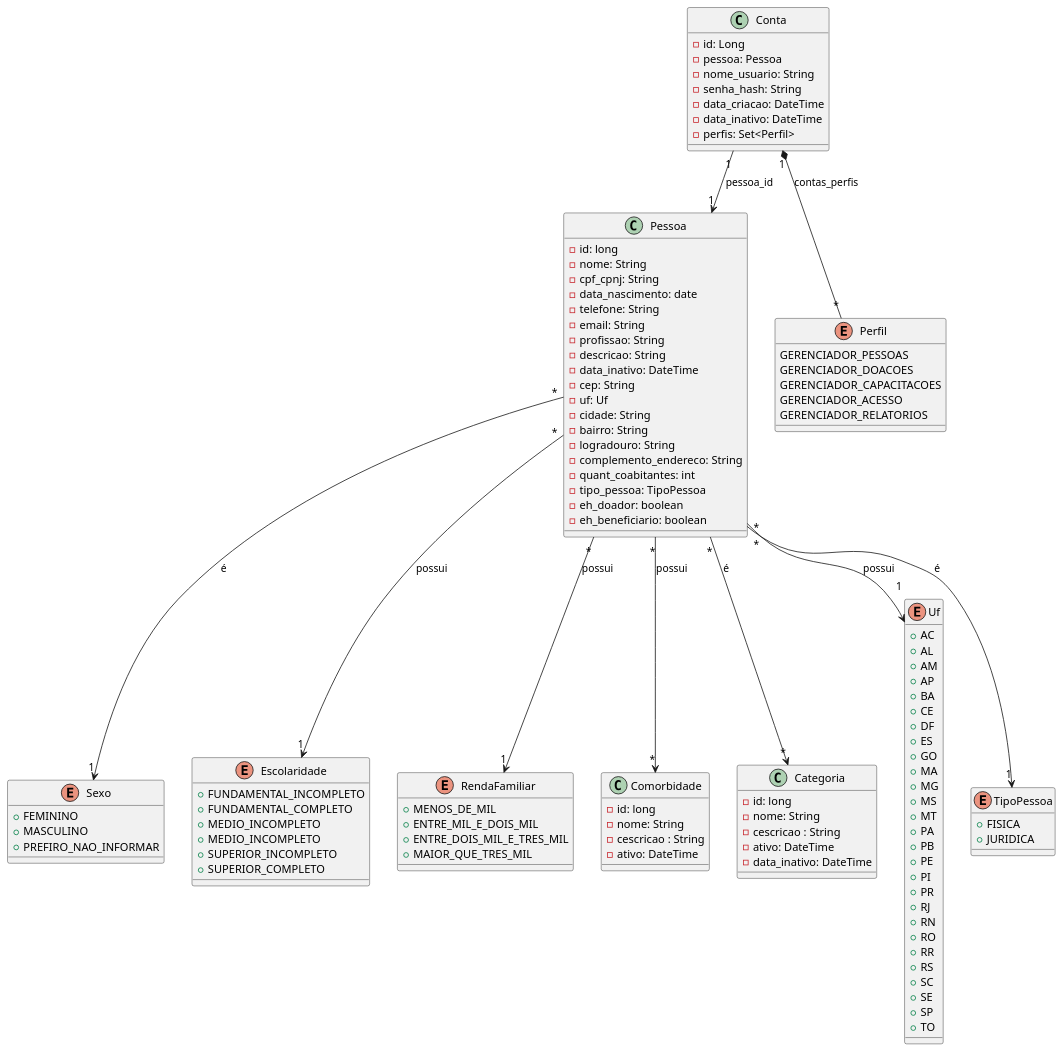
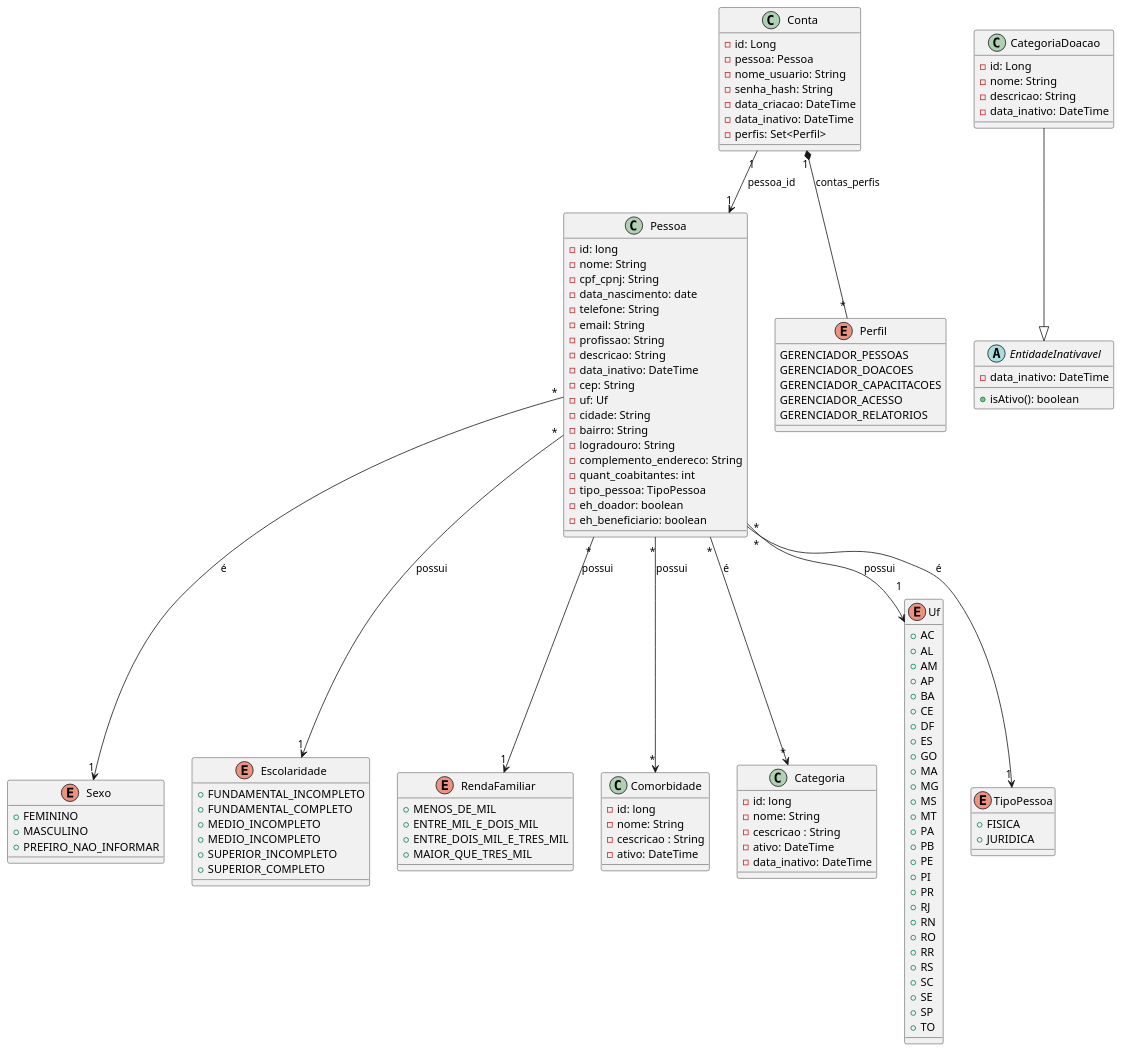
The diagram in docs/diagramas/diagramas-de-classe/codigo-diagrama-de-classe.puml (unitins-p2-asmosul/admin-asmosul), drawn with PlantUML before and after one commit. The commit also changed 11 other files, not shown here.

```diff
--- a/docs/diagramas/diagramas-de-classe/codigo-diagrama-de-classe.puml
+++ b/docs/diagramas/diagramas-de-classe/codigo-diagrama-de-classe.puml
@@ -4,133 +4,148 @@
 @startuml
 
 enum Sexo {
   + FEMININO
   + MASCULINO
   + PREFIRO_NAO_INFORMAR
 }
 
 enum Escolaridade {
   + FUNDAMENTAL_INCOMPLETO
   + FUNDAMENTAL_COMPLETO
   + MEDIO_INCOMPLETO
   + MEDIO_INCOMPLETO
   + SUPERIOR_INCOMPLETO
   + SUPERIOR_COMPLETO
 }
 
 enum RendaFamiliar {
 + MENOS_DE_MIL
 + ENTRE_MIL_E_DOIS_MIL
 + ENTRE_DOIS_MIL_E_TRES_MIL
 + MAIOR_QUE_TRES_MIL
 }
 
 class  Comorbidade {
   - id: long
   - nome: String
   - cescricao : String
   - ativo: DateTime
 }
 
 class  Categoria {
   - id: long
   - nome: String
   - cescricao : String
   - ativo: DateTime
   - data_inativo: DateTime
 }
 
 
 class Pessoa {
   - id: long
   - nome: String
   - cpf_cpnj: String
   - data_nascimento: date
   - telefone: String
   - email: String
   - profissao: String
   - descricao: String
   - data_inativo: DateTime
   - cep: String
   - uf: Uf
   - cidade: String
   - bairro: String
   - logradouro: String
   - complemento_endereco: String
   - quant_coabitantes: int
   - tipo_pessoa: TipoPessoa
   - eh_doador: boolean
   - eh_beneficiario: boolean
 
 }
 
 enum Uf {
   +AC
   +AL
   +AM
   +AP
   +BA
   +CE
   +DF
   +ES
   +GO
   +MA
   +MG
   +MS
   +MT
   +PA
   +PB
   +PE
   +PI
   +PR
   +RJ
   +RN
   +RO
   +RR
   +RS
   +SC
   +SE
   +SP
   +TO
 }
 
 enum TipoPessoa{
   + FISICA
   + JURIDICA
 }
 
 ' Adição de Acesso
 class Conta {
   - id: Long
   - pessoa: Pessoa
   - nome_usuario: String
   - senha_hash: String
   - data_criacao: DateTime
   - data_inativo: DateTime
   - perfis: Set<Perfil>
 }
 
 enum Perfil {
   GERENCIADOR_PESSOAS
   GERENCIADOR_DOACOES
   GERENCIADOR_CAPACITACOES
   GERENCIADOR_ACESSO
   GERENCIADOR_RELATORIOS
 }
 
 ' Relacionamentos
 Pessoa "*" --> "1" Sexo : é
 Pessoa "*" --> "1" Escolaridade : possui
 Pessoa "*" --> "1" RendaFamiliar : possui
 
 Pessoa "*" --> "*"Categoria : é
 Pessoa "*" --> "*"Comorbidade : possui
 
 Pessoa "*" --> "1"Uf : possui
 Pessoa "*" --> "1"TipoPessoa : é
 
 ' Relacionamentos - Acesso
 Conta "1" --> "1" Pessoa : pessoa_id
 Conta "1" *-- "*" Perfil : contas_perfis
 
+' Módulo Doações
+abstract class EntidadeInativavel {
+  - data_inativo: DateTime
+  + isAtivo(): boolean
+}
+
+class CategoriaDoacao {
+  - id: Long
+  - nome: String
+  - descricao: String
+  - data_inativo: DateTime
+}
+
+CategoriaDoacao --|> EntidadeInativavel
+
 @enduml
```
